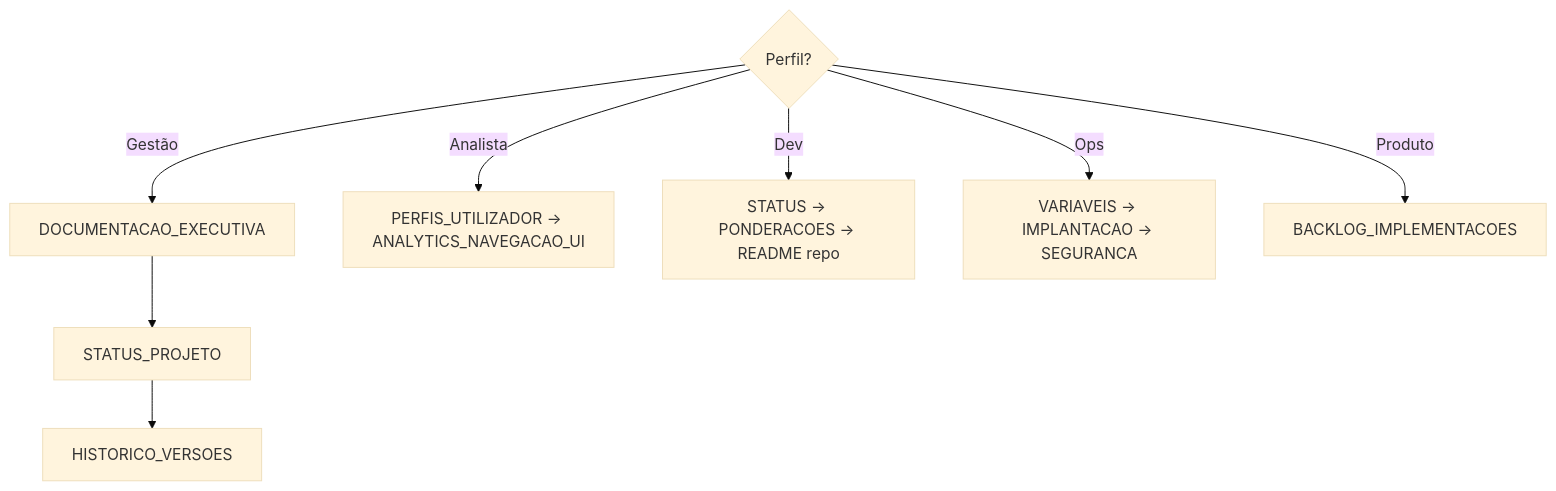
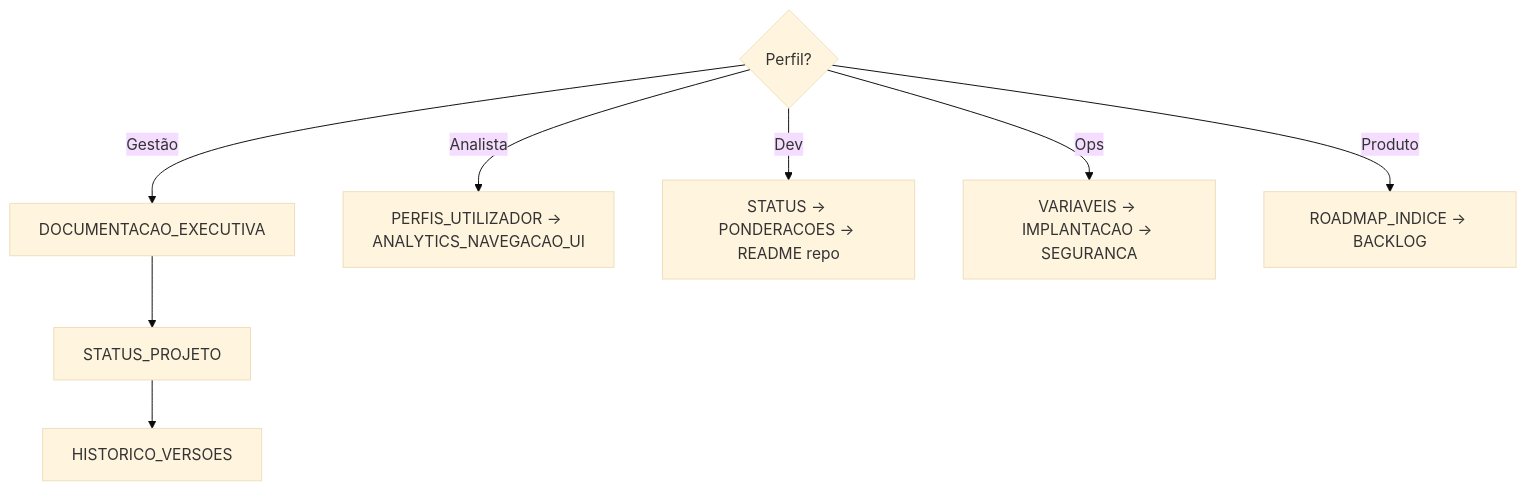
The first of 3 diagrams in docs/README.md (JaderGabriel/serventec-servlitcys), drawn with Mermaid (base theme) before and after one commit. The commit also changed other lines of this file and 15 other files, not shown here.

First line of the commit message:
Documentar roadmaps e alinhar backlog ao estado 7.0.1.

````diff
--- a/docs/README.md
+++ b/docs/README.md
@@ -38,11 +40,11 @@
 ```mermaid
 flowchart TD
     Start{Perfil?}
     Start -->|Gestão| G[DOCUMENTACAO_EXECUTIVA]
     Start -->|Analista| A[PERFIS_UTILIZADOR → ANALYTICS_NAVEGACAO_UI]
     Start -->|Dev| D[STATUS → PONDERACOES → README repo]
     Start -->|Ops| O[VARIAVEIS → IMPLANTACAO → SEGURANCA]
-    Start -->|Produto| P[BACKLOG_IMPLEMENTACOES]
+    Start -->|Produto| P[ROADMAP_INDICE → BACKLOG]
     G --> S[STATUS_PROJETO]
     S --> H[HISTORICO_VERSOES]
 ```
````
